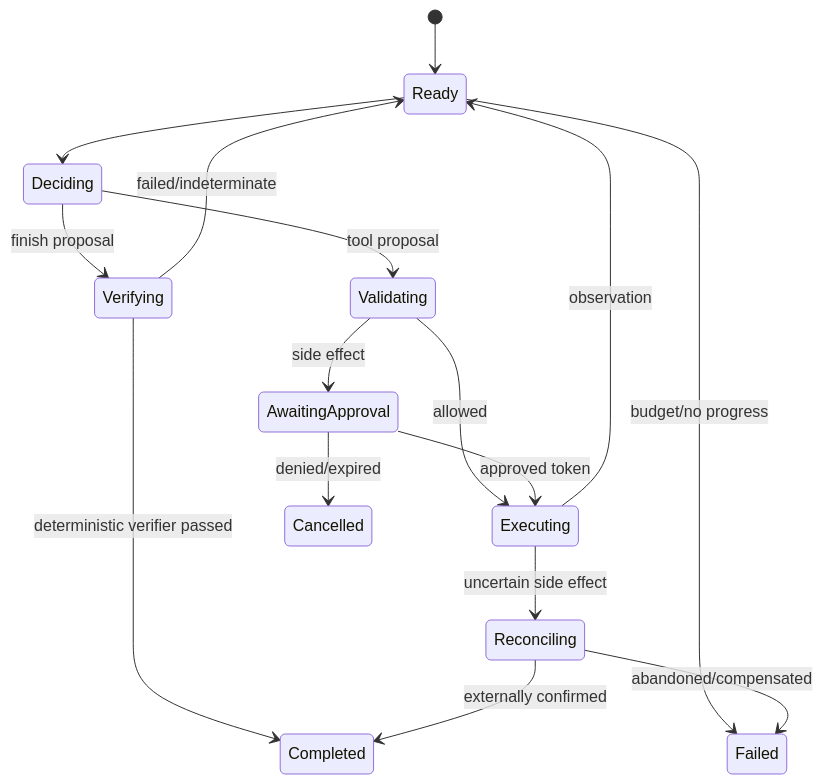
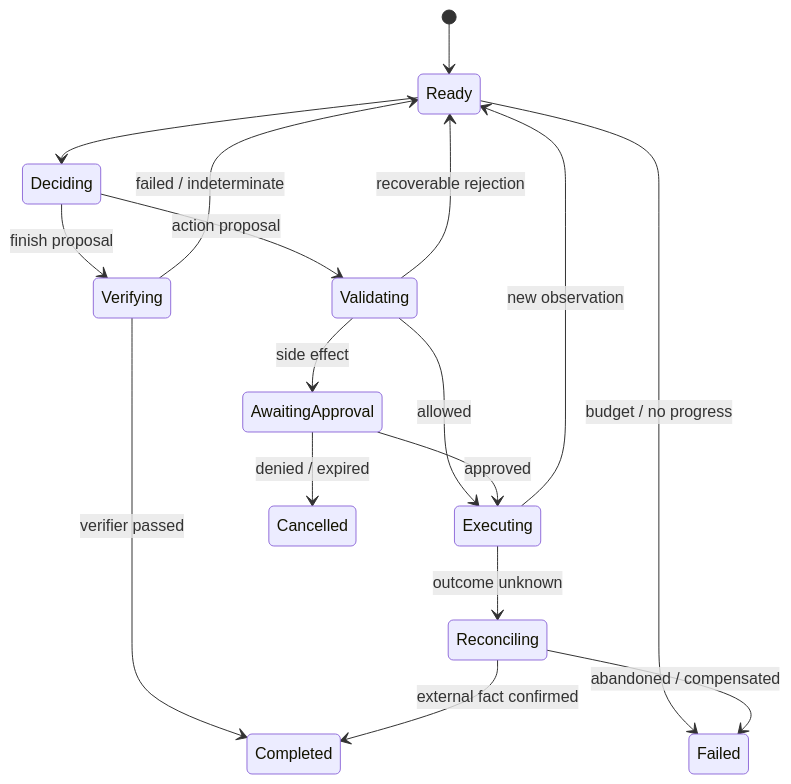
One commit to NightLemon/about-llm changed the diagram in docs/applications/agent-architecture.md. Above: the diagram before and after it, drawn with Mermaid. The commit also changed other lines of this file and 12 other files, not shown here.

````diff
--- a/docs/applications/agent-architecture.md
+++ b/docs/applications/agent-architecture.md
@@ -41,18 +67,19 @@
 ```mermaid
 stateDiagram-v2
   [*] --> Ready
   Ready --> Deciding
-  Deciding --> Validating: tool proposal
+  Deciding --> Validating: action proposal
   Validating --> AwaitingApproval: side effect
   Validating --> Executing: allowed
-  AwaitingApproval --> Executing: approved token
-  AwaitingApproval --> Cancelled: denied/expired
-  Executing --> Ready: observation
-  Executing --> Reconciling: uncertain side effect
+  Validating --> Ready: recoverable rejection
+  AwaitingApproval --> Executing: approved
+  AwaitingApproval --> Cancelled: denied / expired
+  Executing --> Ready: new observation
+  Executing --> Reconciling: outcome unknown
   Deciding --> Verifying: finish proposal
-  Verifying --> Completed: deterministic verifier passed
-  Verifying --> Ready: failed/indeterminate
-  Ready --> Failed: budget/no progress
-  Reconciling --> Completed: externally confirmed
-  Reconciling --> Failed: abandoned/compensated
+  Verifying --> Completed: verifier passed
+  Verifying --> Ready: failed / indeterminate
+  Ready --> Failed: budget / no progress
+  Reconciling --> Completed: external fact confirmed
+  Reconciling --> Failed: abandoned / compensated
 ```
````
